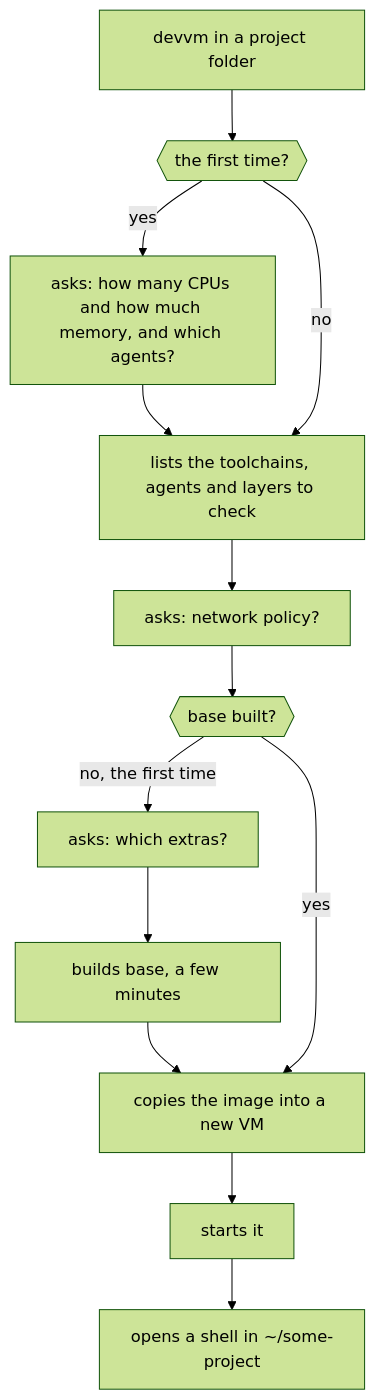
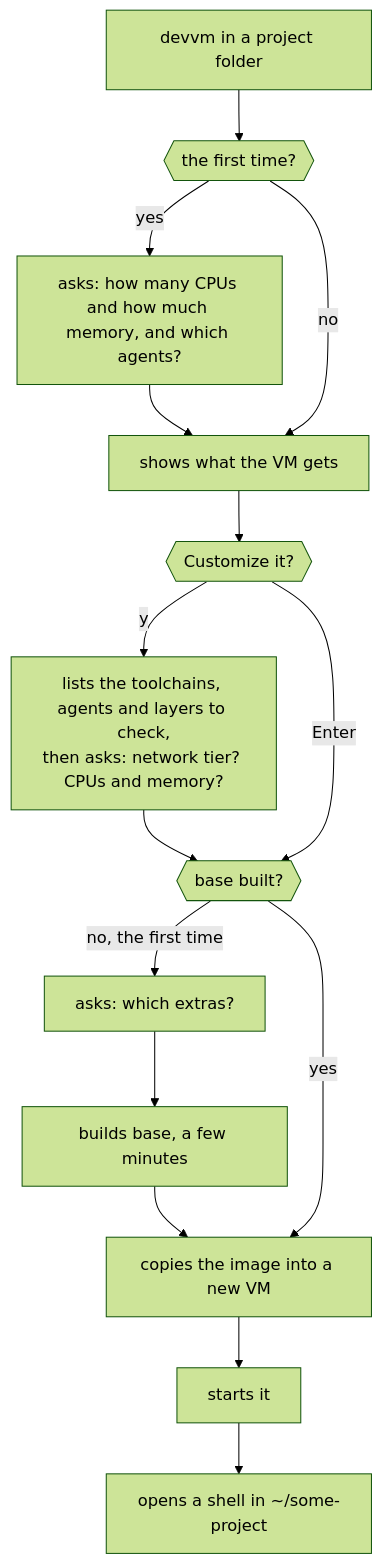
Before and after one commit to DustyPolk/devvm: the diagram in docs/content/docs/getting-started/first-vm.md, drawn with Mermaid (forest theme). The commit also changed other lines of this file and 31 other files, not shown here.

First line of the commit message:
feat(vm): a new VM shows a summary, then asks whether to customize it

````diff
--- a/docs/content/docs/getting-started/first-vm.md
+++ b/docs/content/docs/getting-started/first-vm.md
@@ -58,11 +73,12 @@
 ```mermaid
 flowchart TD
   run["devvm in a project folder"] --> first{{"the first time?"}}
-  first -- "yes" --> size["asks: how many CPUs and how much memory, and which agents?"] --> pick
-  first -- "no" --> pick["lists the toolchains, agents and layers to check"]
-  pick --> net["asks: network policy?"]
-  net --> built{{"base built?"}}
+  first -- "yes" --> size["asks: how many CPUs and how much memory, and which agents?"] --> summary
+  first -- "no" --> summary["shows what the VM gets"]
+  summary --> custom{{"Customize it?"}}
+  custom -- "y" --> pick["lists the toolchains, agents and layers to check,<br>then asks: network tier? CPUs and memory?"] --> built
+  custom -- "Enter" --> built{{"base built?"}}
   built -- "no, the first time" --> extras["asks: which extras?"] --> build["builds base, a few minutes"] --> copy
   built -- "yes" --> copy["copies the image into a new VM"]
   copy --> start["starts it"] --> shell["opens a shell in ~/some-project"]
 ```
````
